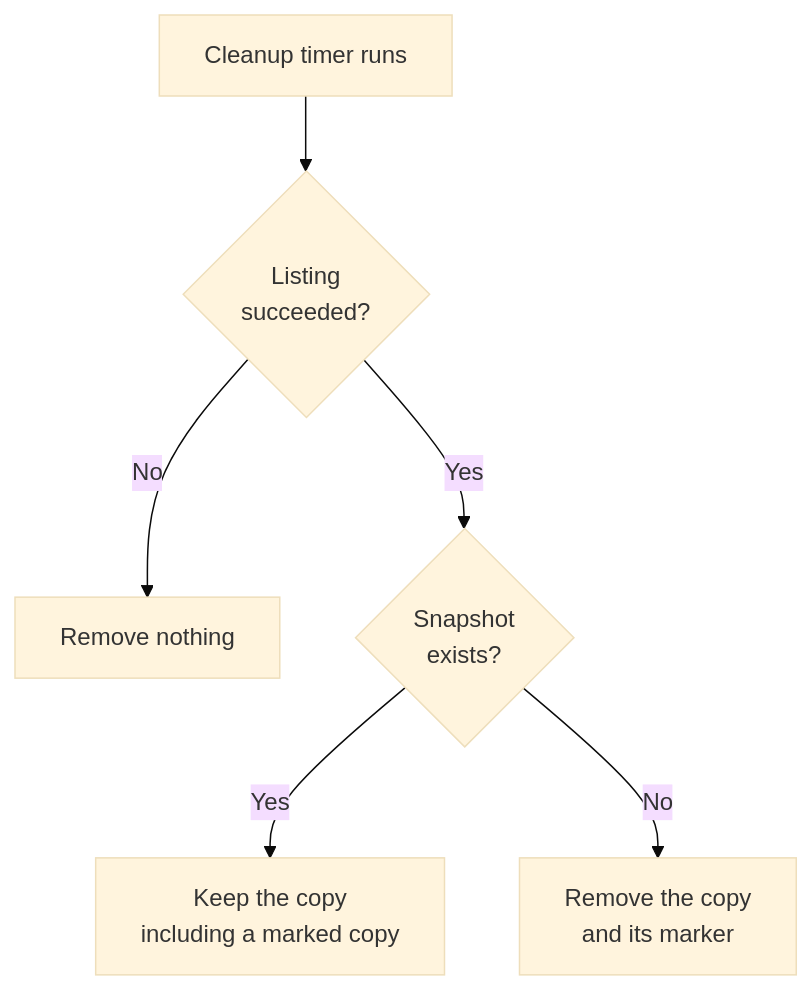
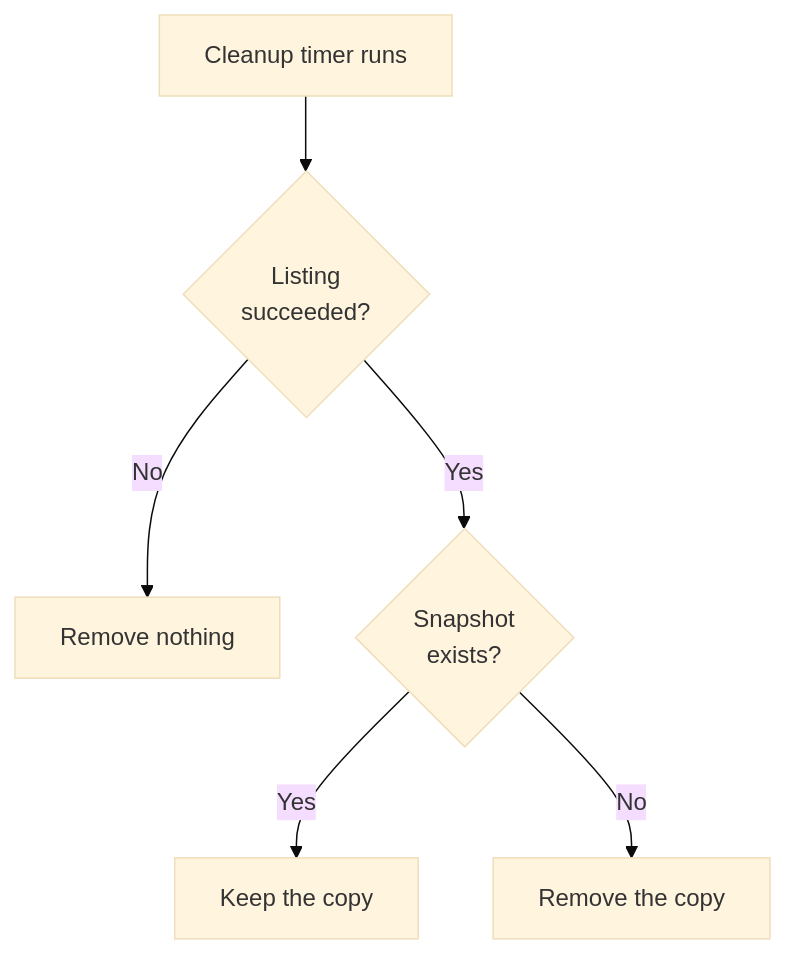
Before and after one commit to ai-dynamo/snapshot: the fourth of 5 diagrams in docs/design/644-node-cache/README.md, drawn with Mermaid (base theme). The commit also changed other lines of this file, not shown here.

````diff
--- a/docs/design/644-node-cache/README.md
+++ b/docs/design/644-node-cache/README.md
@@ -376,8 +330,8 @@
 ```mermaid
 flowchart TD
     A["Cleanup timer runs"] --> B{"Listing<br/>succeeded?"}
     B -->|"No"| C["Remove nothing"]
     B -->|"Yes"| D{"Snapshot<br/>exists?"}
-    D -->|"Yes"| E["Keep the copy<br/>including a marked copy"]
-    D -->|"No"| F["Remove the copy<br/>and its marker"]
+    D -->|"Yes"| E["Keep the copy"]
+    D -->|"No"| F["Remove the copy"]
 ```
````
